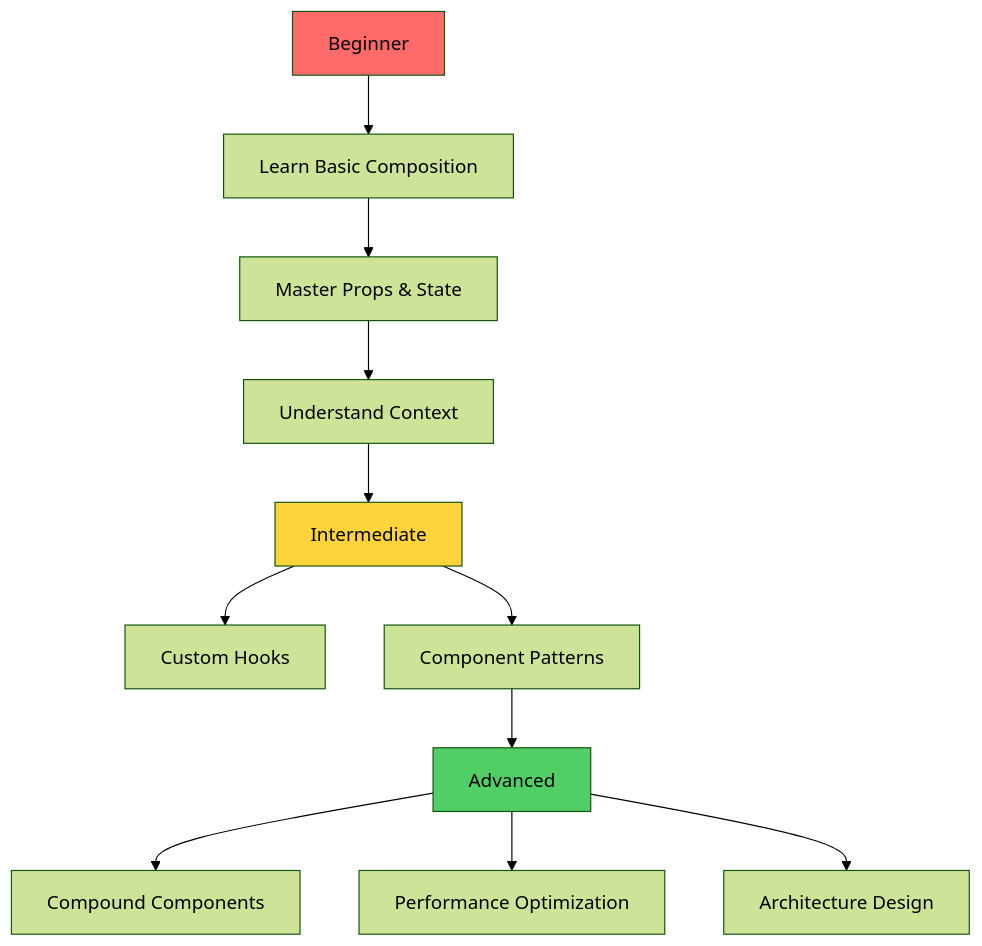
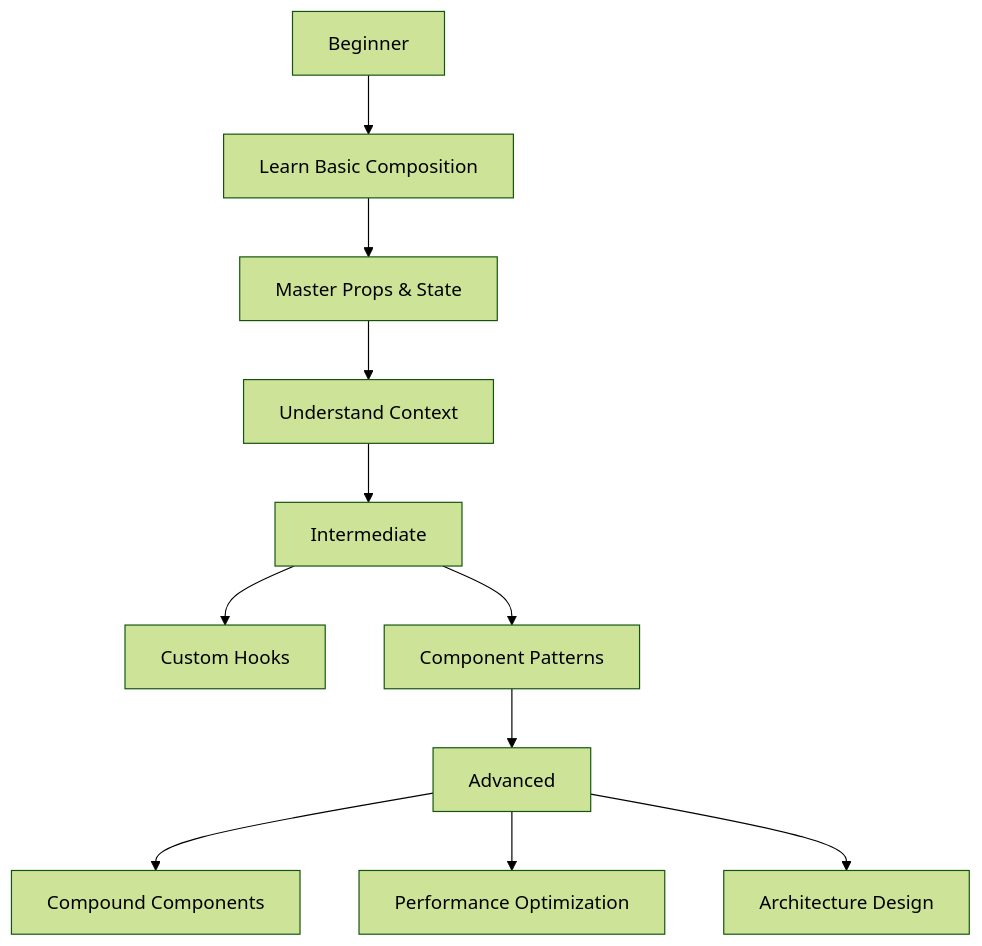
Diagram 12 of 12 in arguments/chapters/03-component-patterns-best-practices.md (BabaScience/react-guides), drawn with Mermaid (forest theme) before and after one commit. The commit also changed other lines of this file and 29 other files, not shown here.

First line of the commit message:
Bring React FR/IT translations to full English parity + theme-safe diagrams

````diff
--- a/arguments/chapters/03-component-patterns-best-practices.md
+++ b/arguments/chapters/03-component-patterns-best-practices.md
@@ -2735,19 +2702,16 @@
 ```mermaid
 graph TD
     A[Beginner] --> B[Learn Basic Composition]
     B --> C[Master Props & State]
     C --> D[Understand Context]
     
     D --> E[Intermediate]
     E --> F[Custom Hooks]
     E --> G[Component Patterns]
     
     G --> H[Advanced]
     H --> I[Compound Components]
     H --> J[Performance Optimization]
     H --> K[Architecture Design]
     
-    style A fill:#ff6b6b
-    style E fill:#ffd43b
-    style H fill:#51cf66
 ```
````
